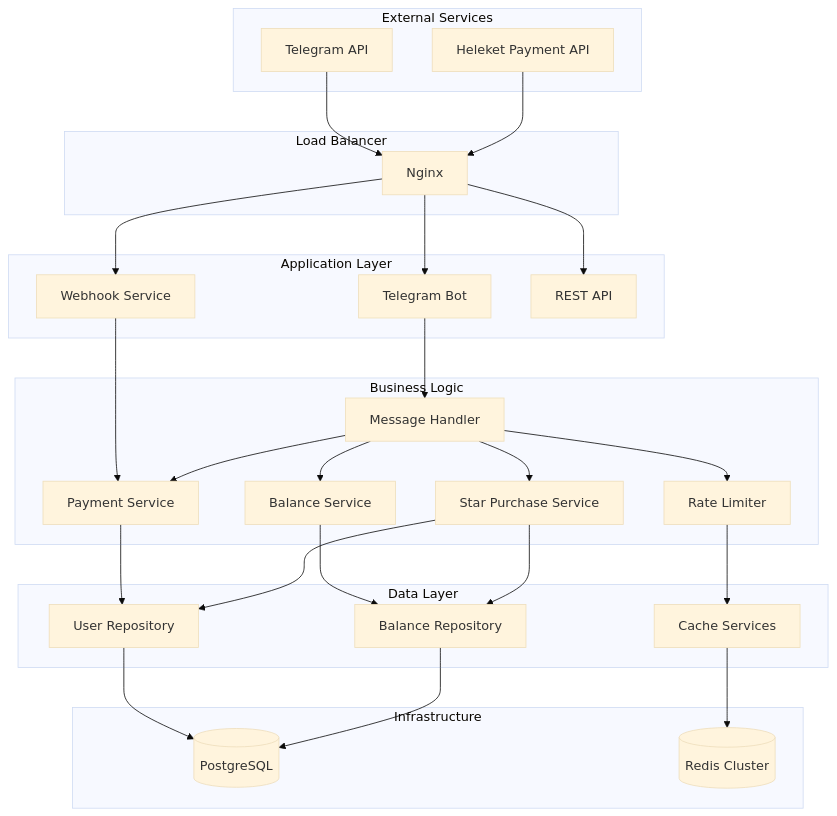
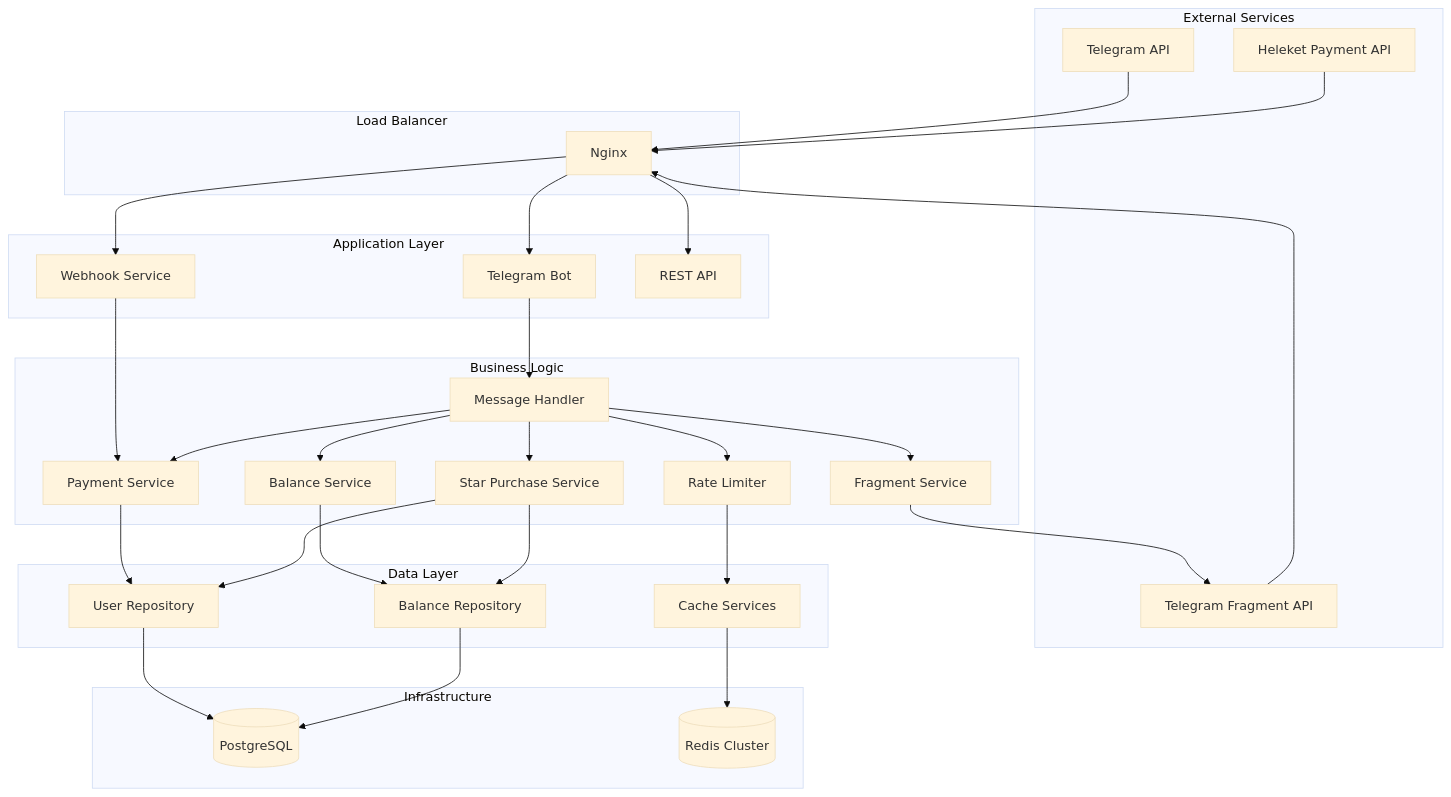
Before and after one commit to neKamita/Mirza-Telegram-Shop-Bot: the first of 10 diagrams in README.md, drawn with Mermaid (base theme). The commit also changed other lines of this file and 23 other files, not shown here.

First line of the commit message:
Исправлены критические ошибки и улучшена поддержка Fragment API

````diff
--- a/README.md
+++ b/README.md
@@ -33,60 +34,65 @@
 ```mermaid
 graph TB
     subgraph "External Services"
         TG[Telegram API]
         HELEKET[Heleket Payment API]
+        FRAGMENT[Telegram Fragment API]
     end
 
     subgraph "Load Balancer"
         NGINX[Nginx]
     end
 
     subgraph "Application Layer"
         BOT[Telegram Bot]
         WEBHOOK[Webhook Service]
         API[REST API]
     end
 
     subgraph "Business Logic"
         MH[Message Handler]
         PS[Payment Service]
         BS[Balance Service]
         SPS[Star Purchase Service]
+        FS[Fragment Service]
         RL[Rate Limiter]
     end
 
     subgraph "Data Layer"
         UR[User Repository]
         BR[Balance Repository]
         CACHE[Cache Services]
     end
 
     subgraph "Infrastructure"
         PG[(PostgreSQL)]
         REDIS[(Redis Cluster)]
     end
 
     TG --> NGINX
     HELEKET --> NGINX
+    FRAGMENT --> NGINX
     NGINX --> BOT
     NGINX --> WEBHOOK
     NGINX --> API
 
     BOT --> MH
     WEBHOOK --> PS
     MH --> PS
     MH --> BS
     MH --> SPS
+    MH --> FS
     MH --> RL
 
     PS --> UR
     BS --> BR
     SPS --> UR
     SPS --> BR
+    FS --> FRAGMENT
     RL --> CACHE
 
     UR --> PG
     BR --> PG
     CACHE --> REDIS
 
 ```
````
